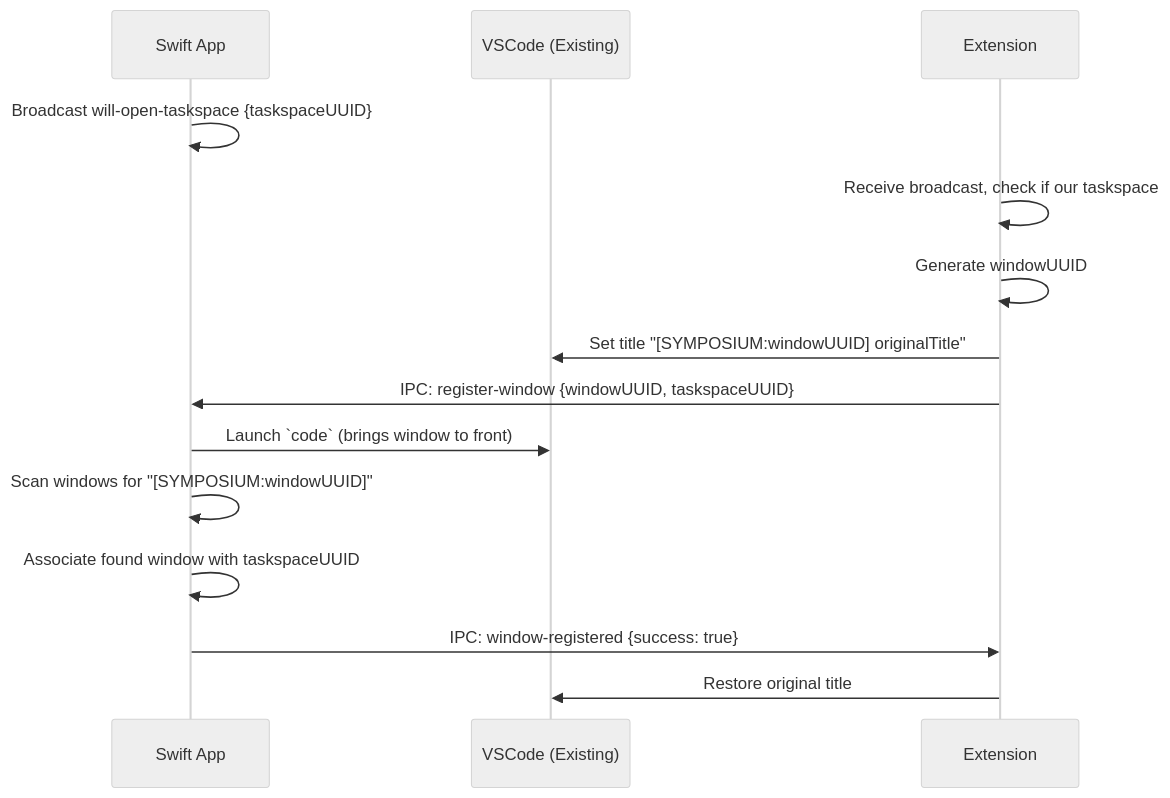
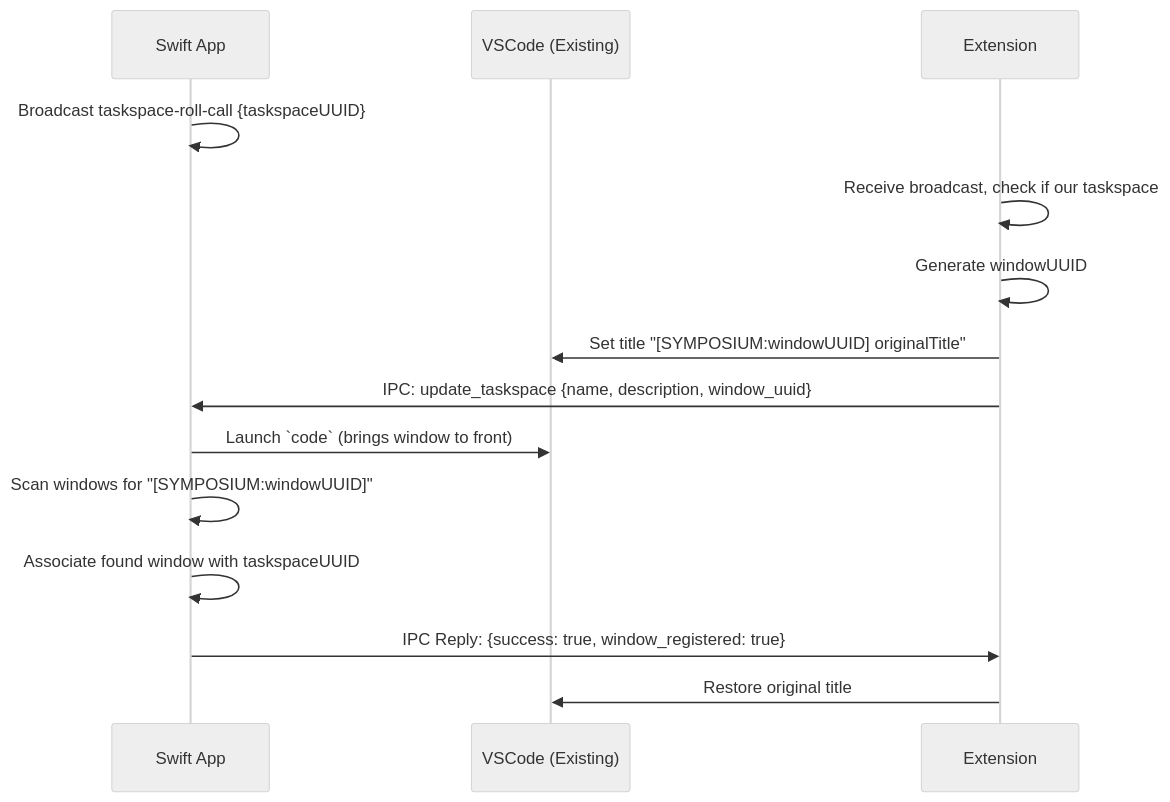
Before and after one commit to socratic-shell/symposium: the second of 2 diagrams in md/work-in-progress/mvp/window-registration-design.md, drawn with Mermaid (neutral theme). The commit also changed other lines of this file, not shown here.

First line of the commit message:
Update window registration design to use existing IPC and roll-call pattern

````diff
--- a/md/work-in-progress/mvp/window-registration-design.md
+++ b/md/work-in-progress/mvp/window-registration-design.md
@@ -54,17 +54,17 @@
 ```mermaid
 sequenceDiagram
     participant S as Swift App
     participant V as VSCode (Existing)
     participant E as Extension
 
-    S->>S: Broadcast will-open-taskspace {taskspaceUUID}
+    S->>S: Broadcast taskspace-roll-call {taskspaceUUID}
     E->>E: Receive broadcast, check if our taskspace
     E->>E: Generate windowUUID
     E->>V: Set title "[SYMPOSIUM:windowUUID] originalTitle"
-    E->>S: IPC: register-window {windowUUID, taskspaceUUID}
+    E->>S: IPC: update_taskspace {name, description, window_uuid}
     S->>V: Launch `code` (brings window to front)
     S->>S: Scan windows for "[SYMPOSIUM:windowUUID]"
     S->>S: Associate found window with taskspaceUUID
-    S->>E: IPC: window-registered {success: true}
+    S->>E: IPC Reply: {success: true, window_registered: true}
     E->>V: Restore original title
 ```
````
